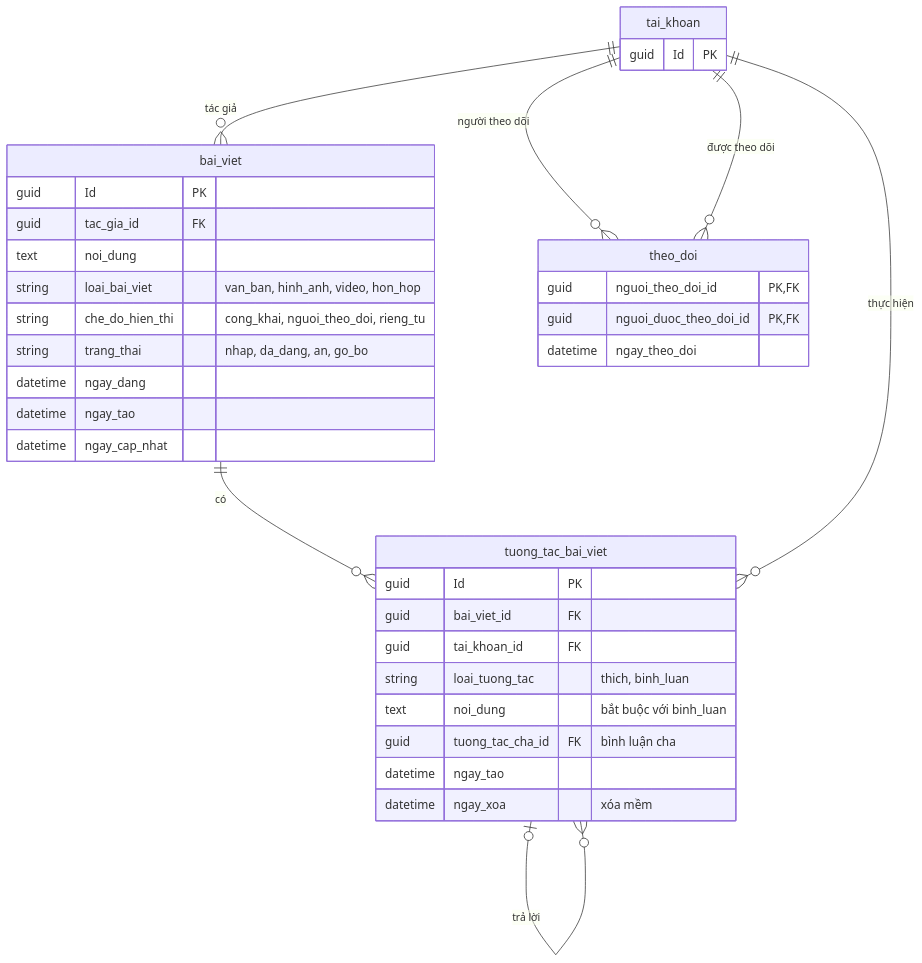
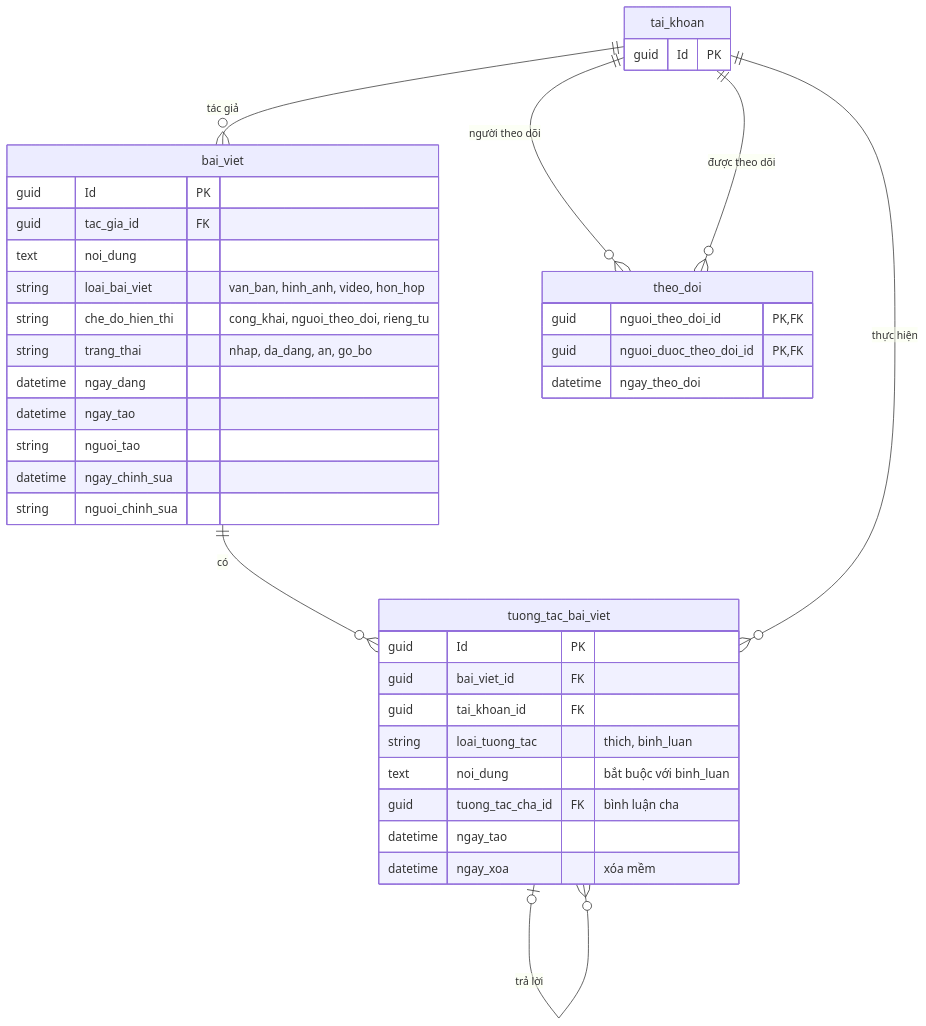
Before and after one commit to ngongochuy2003/GymBase: the diagram in database/diagrams/03-mang-xa-hoi.md, drawn with Mermaid. The commit also changed 12 other files, not shown here.

````diff
--- a/database/diagrams/03-mang-xa-hoi.md
+++ b/database/diagrams/03-mang-xa-hoi.md
@@ -5,39 +5,41 @@
 ```mermaid
 erDiagram
     tai_khoan ||--o{ bai_viet : "tác giả"
     bai_viet ||--o{ tuong_tac_bai_viet : "có"
     tai_khoan ||--o{ tuong_tac_bai_viet : "thực hiện"
     tuong_tac_bai_viet |o--o{ tuong_tac_bai_viet : "trả lời"
     tai_khoan ||--o{ theo_doi : "người theo dõi"
     tai_khoan ||--o{ theo_doi : "được theo dõi"
 
     bai_viet {
         guid Id PK
         guid tac_gia_id FK
         text noi_dung
         string loai_bai_viet "van_ban, hinh_anh, video, hon_hop"
         string che_do_hien_thi "cong_khai, nguoi_theo_doi, rieng_tu"
         string trang_thai "nhap, da_dang, an, go_bo"
         datetime ngay_dang
         datetime ngay_tao
-        datetime ngay_cap_nhat
+        string nguoi_tao
+        datetime ngay_chinh_sua
+        string nguoi_chinh_sua
     }
     tuong_tac_bai_viet {
         guid Id PK
         guid bai_viet_id FK
         guid tai_khoan_id FK
         string loai_tuong_tac "thich, binh_luan"
         text noi_dung "bắt buộc với binh_luan"
         guid tuong_tac_cha_id FK "bình luận cha"
         datetime ngay_tao
         datetime ngay_xoa "xóa mềm"
     }
     theo_doi {
         guid nguoi_theo_doi_id PK, FK
         guid nguoi_duoc_theo_doi_id PK, FK
         datetime ngay_theo_doi
     }
     tai_khoan {
         guid Id PK
     }
 ```
````
